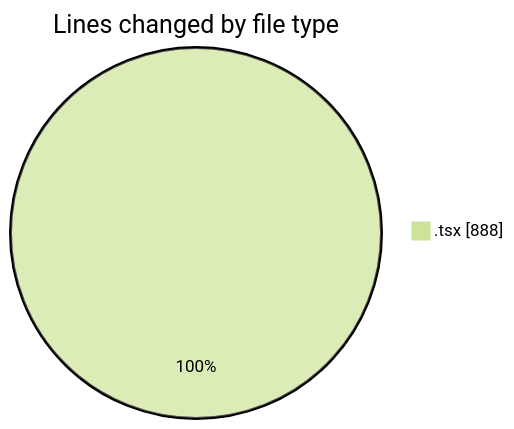
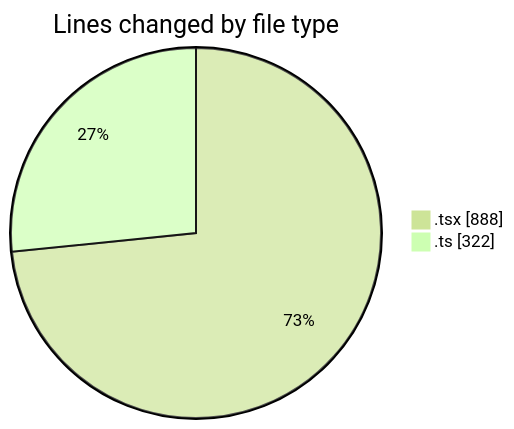
The first of 2 diagrams in 2025-07-11/cda/README.md (momahboobian/code-tracking), drawn with Mermaid (forest theme) before and after one commit. The commit also changed other lines of this file and 1 other file, not shown here.

````diff
--- a/2025-07-11/cda/README.md
+++ b/2025-07-11/cda/README.md
@@ -22,5 +23,6 @@
 ```mermaid
 pie showData
 title Lines changed by file type
 ".tsx" : 888
+".ts" : 322
 ```
````
